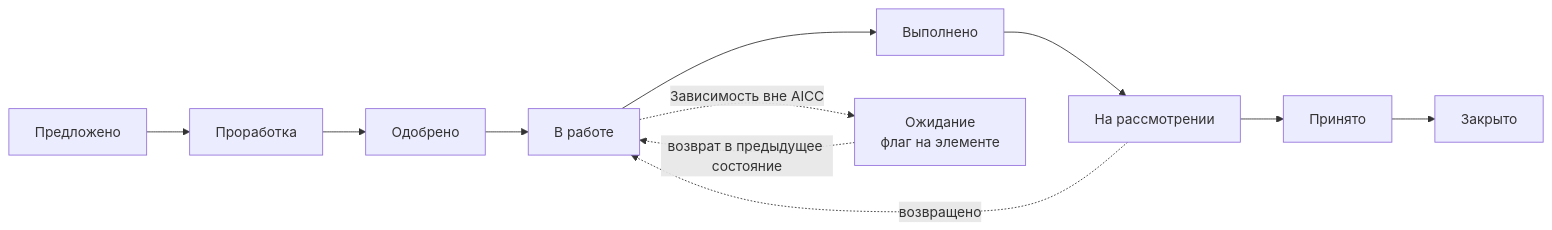
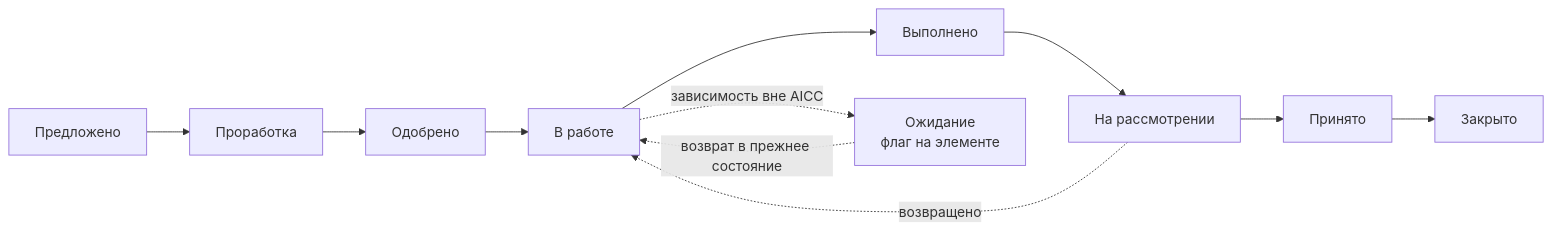
Before and after one commit to devhogu/ob-aicc: the second of 10 diagrams in charter/ru/workflows/service-delivery.md, drawn with Mermaid. The commit also changed other lines of this file and 7 other files, not shown here.

````diff
--- a/charter/ru/workflows/service-delivery.md
+++ b/charter/ru/workflows/service-delivery.md
@@ -53,13 +55,13 @@
 ```mermaid
 flowchart LR
   P["Предложено"] --> D["Проработка"]
   D --> A["Одобрено"]
   A --> AC["В работе"]
   AC --> C["Выполнено"]
   C --> R["На рассмотрении"]
   R --> AK["Принято"]
   AK --> CL["Закрыто"]
   R -.->|"возвращено"| AC
-  AC -.->|"Зависимость вне AICC"| W["Ожидание<br/>флаг на элементе"]
-  W -.->|"возврат в предыдущее состояние"| AC
+  AC -.->|"зависимость вне AICC"| W["Ожидание<br/>флаг на элементе"]
+  W -.->|"возврат в прежнее состояние"| AC
 ```
````
